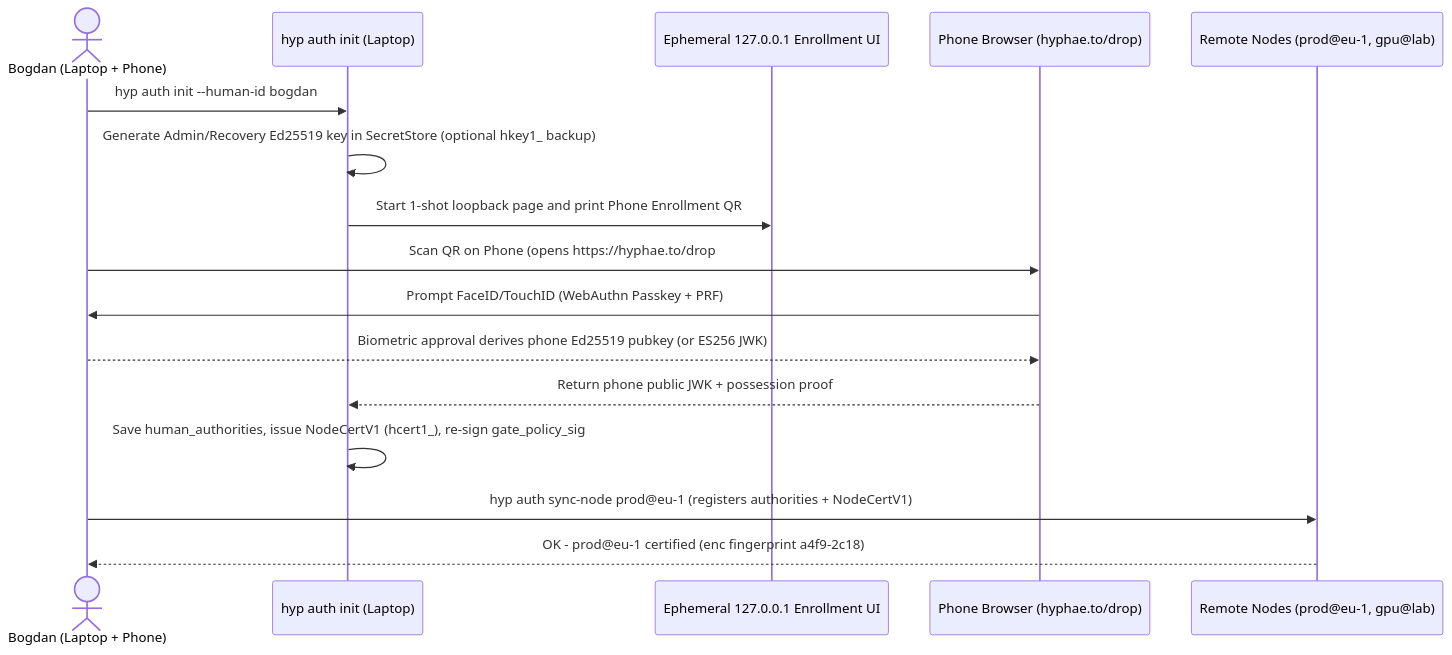
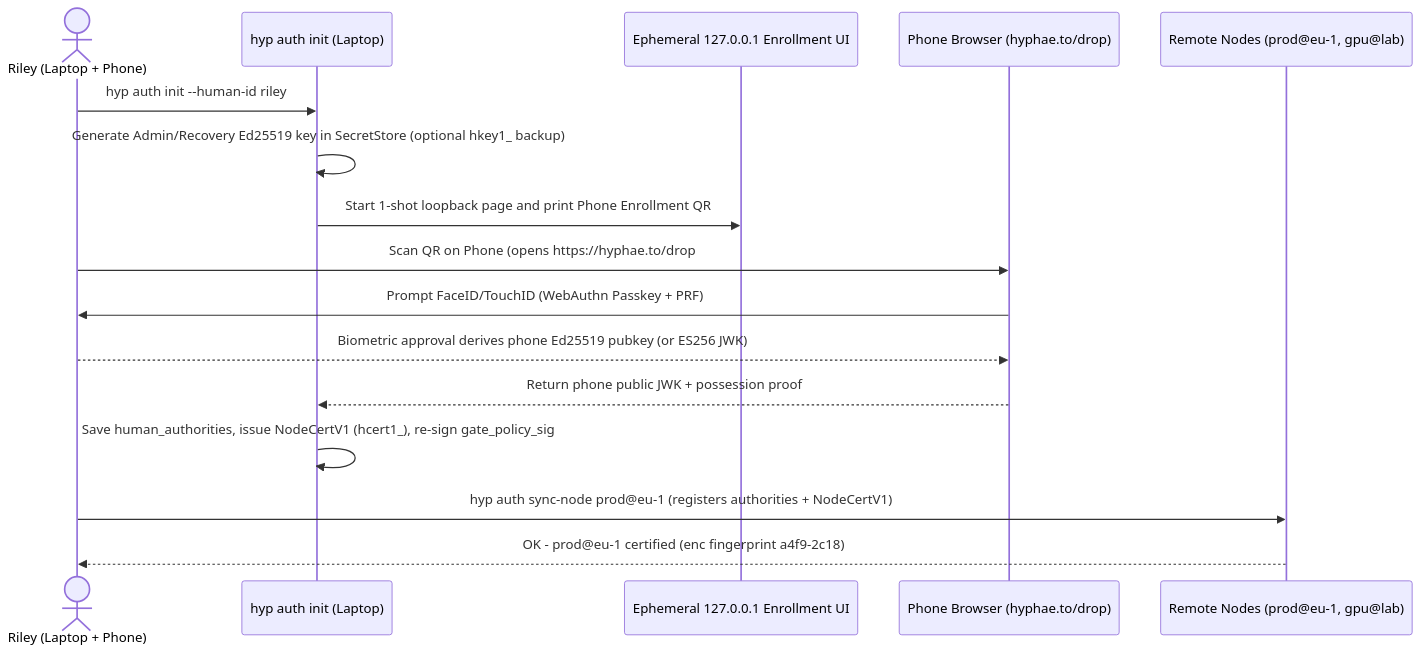
The second of 4 diagrams in docs/rfcs/0001-human-authority-cutout-relay.md (hyphae-to/hyp), drawn with Mermaid before and after one commit. The commit also changed other lines of this file and 46 other files, not shown here.

````diff
--- a/docs/rfcs/0001-human-authority-cutout-relay.md
+++ b/docs/rfcs/0001-human-authority-cutout-relay.md
@@ -562,19 +562,19 @@
 ```mermaid
 sequenceDiagram
-  actor Human as Bogdan (Laptop + Phone)
+  actor Human as Riley (Laptop + Phone)
   participant CLI as hyp auth init (Laptop)
   participant LocalWeb as Ephemeral 127.0.0.1 Enrollment UI
   participant PhoneWeb as Phone Browser (hyphae.to/drop)
   participant Fleet as Remote Nodes (prod@eu-1, gpu@lab)
 
-  Human->>CLI: hyp auth init --human-id bogdan
+  Human->>CLI: hyp auth init --human-id riley
   CLI->>CLI: Generate Admin/Recovery Ed25519 key in SecretStore (optional hkey1_ backup)
   CLI->>LocalWeb: Start 1-shot loopback page and print Phone Enrollment QR
   Human->>PhoneWeb: Scan QR on Phone (opens https://hyphae.to/drop#enroll=...)
   PhoneWeb->>Human: Prompt FaceID/TouchID (WebAuthn Passkey + PRF)
   Human-->>PhoneWeb: Biometric approval derives phone Ed25519 pubkey (or ES256 JWK)
   PhoneWeb-->>CLI: Return phone public JWK + possession proof
   CLI->>CLI: Save human_authorities, issue NodeCertV1 (hcert1_), re-sign gate_policy_sig
   Human->>Fleet: hyp auth sync-node prod@eu-1 (registers authorities + NodeCertV1)
   Fleet-->>Human: OK - prod@eu-1 certified (enc fingerprint a4f9-2c18)
 ```
````
